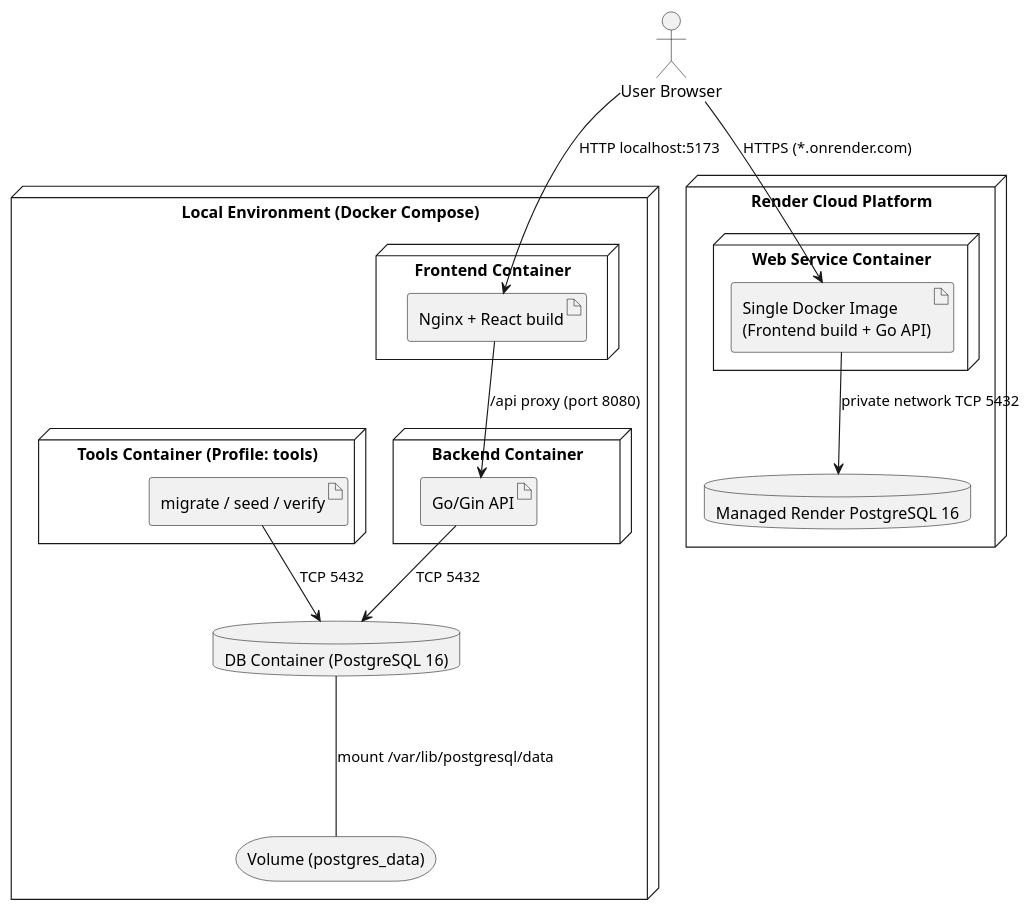
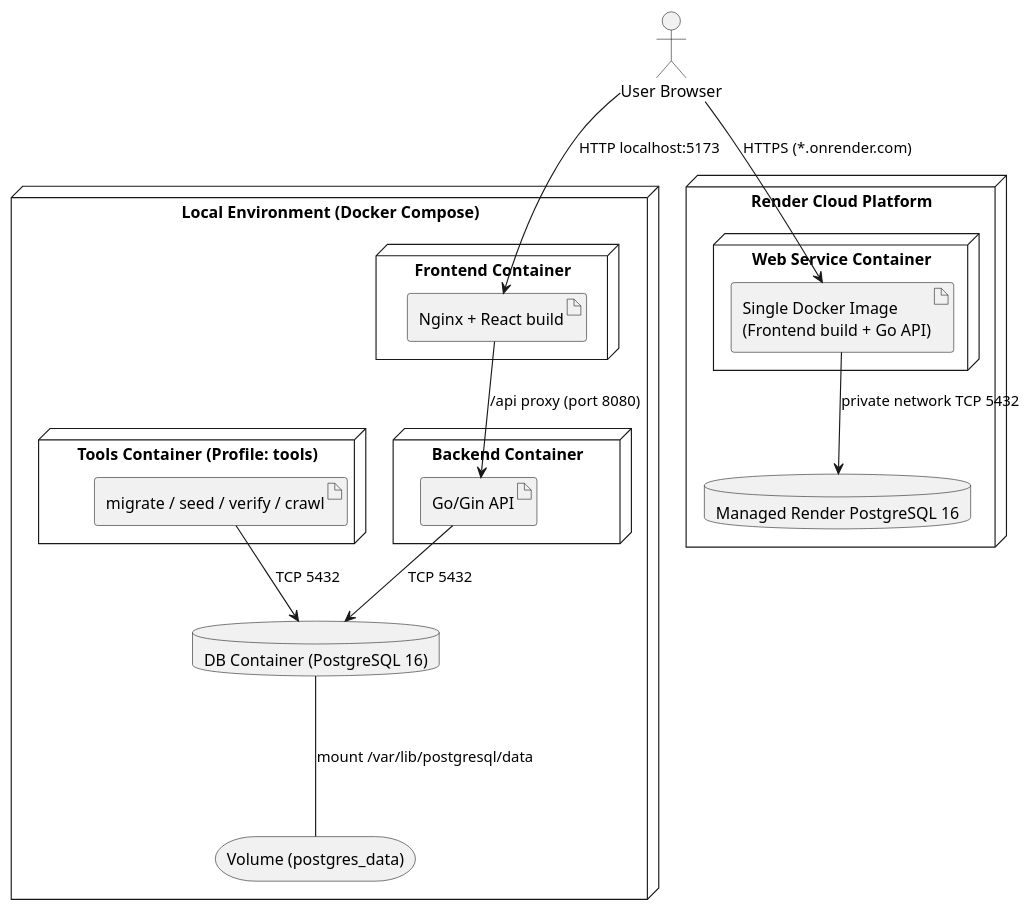
Before and after one commit to Akapi895/course-registration: the diagram in docs/diagrams/deployment/deployment.puml, drawn with PlantUML. The commit also changed 8 other files, not shown here.

Commit message:
docs: align diagrams with 12 API endpoints and exact schema constraints

```diff
--- a/docs/diagrams/deployment/deployment.puml
+++ b/docs/diagrams/deployment/deployment.puml
@@ -1,36 +1,36 @@
 @startuml
 skinparam nodeStyle uml2
 
 actor "User Browser" as user
 
 node "Local Environment (Docker Compose)" {
     node "Frontend Container" as c_fe {
         artifact "Nginx + React build" as art_fe
     }
     node "Backend Container" as c_be {
         artifact "Go/Gin API" as art_be
     }
     database "DB Container (PostgreSQL 16)" as c_db
     node "Tools Container (Profile: tools)" as c_tools {
-        artifact "migrate / seed / verify" as art_tools
+        artifact "migrate / seed / verify / crawl" as art_tools
     }
     storage "Volume (postgres_data)" as vol
 }
 
 node "Render Cloud Platform" {
     node "Web Service Container" as r_web {
         artifact "Single Docker Image\n(Frontend build + Go API)" as art_rweb
     }
     database "Managed Render PostgreSQL 16" as r_db
 }
 
 user --> art_fe : HTTP localhost:5173
 user --> art_rweb : HTTPS (*.onrender.com)
 
 art_fe --> art_be : /api proxy (port 8080)
 art_be --> c_db : TCP 5432
 art_tools --> c_db : TCP 5432
 c_db --- vol : mount /var/lib/postgresql/data
 
 art_rweb --> r_db : private network TCP 5432
 @enduml
```
